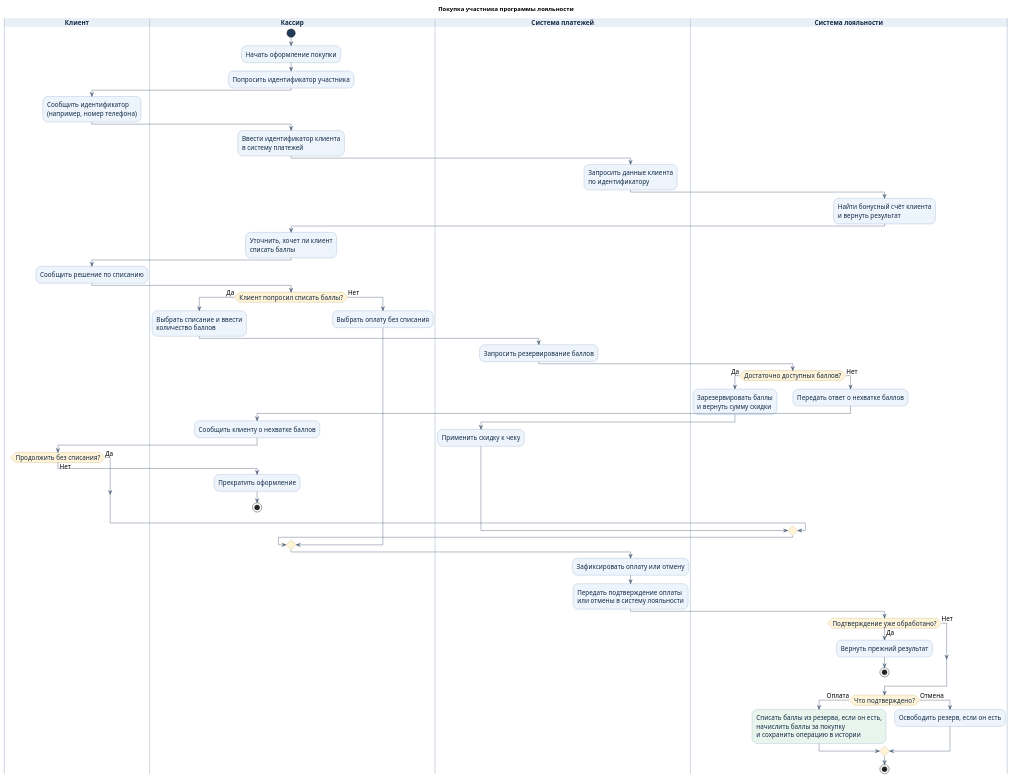
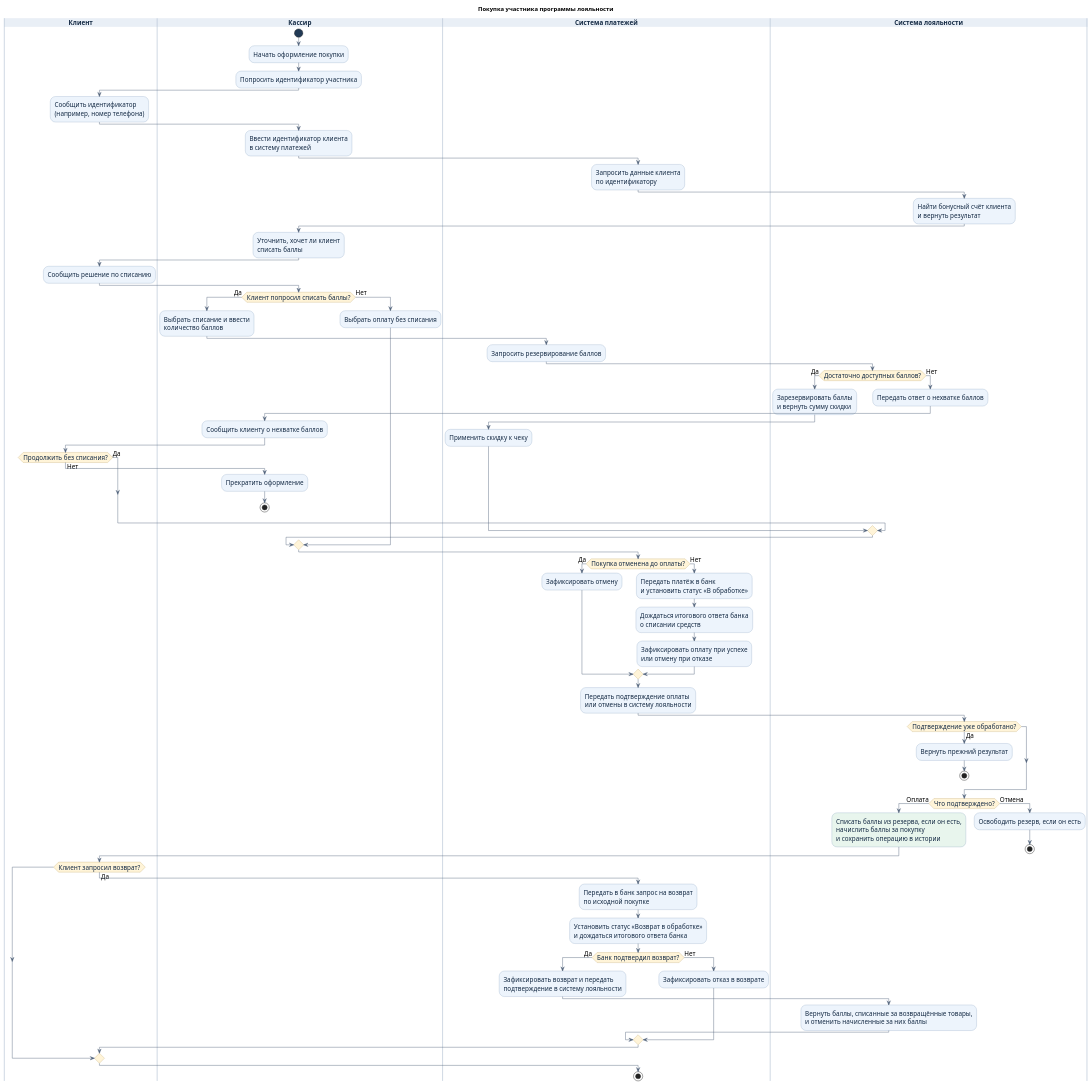
Before and after one commit to Accoie/loyality-doc: the diagram in 2. Технический проект/UMLActivity.puml, drawn with PlantUML.

Commit message:
правки UML

```diff
--- a/2. Технический проект/UMLActivity.puml
+++ b/2. Технический проект/UMLActivity.puml
@@ -1,110 +1,140 @@
 @startuml
 title Покупка участника программы лояльности
 
 skinparam BackgroundColor #FFFFFF
 skinparam DefaultFontName Segoe UI
 skinparam DefaultFontSize 15
 skinparam Shadowing false
 skinparam ArrowColor #52647C
 
 skinparam Activity {
   BackgroundColor #EDF4FC
   BorderColor #6484AC
   FontColor #142A44
   DiamondBackgroundColor #FFF4D8
   DiamondBorderColor #A98336
   DiamondFontColor #142A44
   StartColor #213A55
   EndColor #213A55
 }
 
 skinparam SwimlaneBorderColor #B5C3D5
 skinparam SwimlaneTitleBackgroundColor #E9EFF6
 skinparam SwimlaneTitleFontColor #142A44
 skinparam SwimlaneTitleFontStyle bold
 
 |Клиент|
 |Кассир|
 start
 :Начать оформление покупки;
 :Попросить идентификатор участника;
 
 |Клиент|
 :Сообщить идентификатор
 (например, номер телефона);
 
 |Кассир|
 :Ввести идентификатор клиента
 в систему платежей;
 
 |Система платежей|
 :Запросить данные клиента
 по идентификатору;
 
 |Система лояльности|
 :Найти бонусный счёт клиента
 и вернуть результат;
 
 |Кассир|
 :Уточнить, хочет ли клиент
 списать баллы;
 
 |Клиент|
 :Сообщить решение по списанию;
 
 |Кассир|
 if (Клиент попросил списать баллы?) then (Да)
   :Выбрать списание и ввести
-количество баллов;
+  количество баллов;
 
   |Система платежей|
   :Запросить резервирование баллов;
 
   |Система лояльности|
   if (Достаточно доступных баллов?) then (Да)
     :Зарезервировать баллы
     и вернуть сумму скидки;
 
     |Система платежей|
     :Применить скидку к чеку;
   else (Нет)
     |Система лояльности|
     :Передать ответ о нехватке баллов;
 
     |Кассир|
     :Сообщить клиенту о нехватке баллов;
 
     |Клиент|
     if (Продолжить без списания?) then (Да)
     else (Нет)
       |Кассир|
       :Прекратить оформление;
       stop
     endif
   endif
 else (Нет)
   |Кассир|
   :Выбрать оплату без списания;
 endif
 
 |Система платежей|
-:Зафиксировать оплату или отмену;
+if (Покупка отменена до оплаты?) then (Да)
+  :Зафиксировать отмену;
+else (Нет)
+  :Передать платёж в банк
+  и установить статус «В обработке»;
+  :Дождаться итогового ответа банка
+  о списании средств;
+  :Зафиксировать оплату при успехе
+  или отмену при отказе;
+endif
 :Передать подтверждение оплаты
 или отмены в систему лояльности;
 
 |Система лояльности|
 if (Подтверждение уже обработано?) then (Да)
   :Вернуть прежний результат;
   stop
-else (Нет)
 endif
 
 if (Что подтверждено?) then (Оплата)
   #E8F5ED:Списать баллы из резерва, если он есть,
   начислить баллы за покупку
   и сохранить операцию в истории;
 else (Отмена)
   :Освободить резерв, если он есть;
+  stop
+endif
+
+|Клиент|
+if (Клиент запросил возврат?) then (Да)
+  |Система платежей|
+  :Передать в банк запрос на возврат
+  по исходной покупке;
+  :Установить статус «Возврат в обработке»
+  и дождаться итогового ответа банка;
+
+  if (Банк подтвердил возврат?) then (Да)
+    :Зафиксировать возврат и передать
+    подтверждение в систему лояльности;
+
+    |Система лояльности|
+    :Вернуть баллы, списанные за возвращённые товары,
+    и отменить начисленные за них баллы;
+  else (Нет)
+    |Система платежей|
+    :Зафиксировать отказ в возврате;
+  endif
 endif
 stop
 @enduml
```
